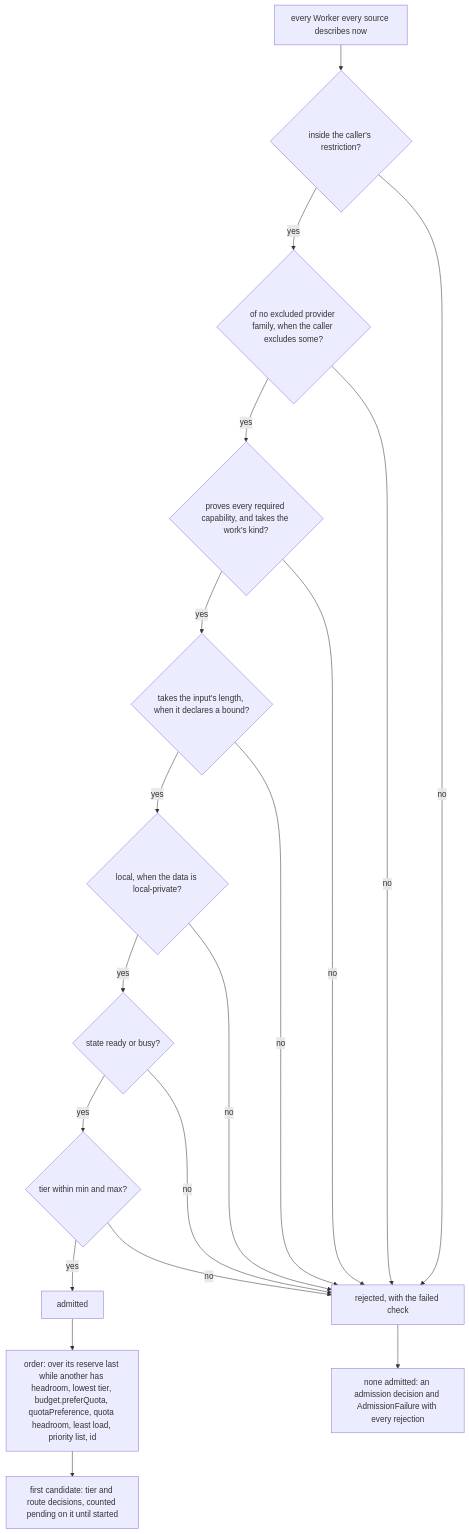
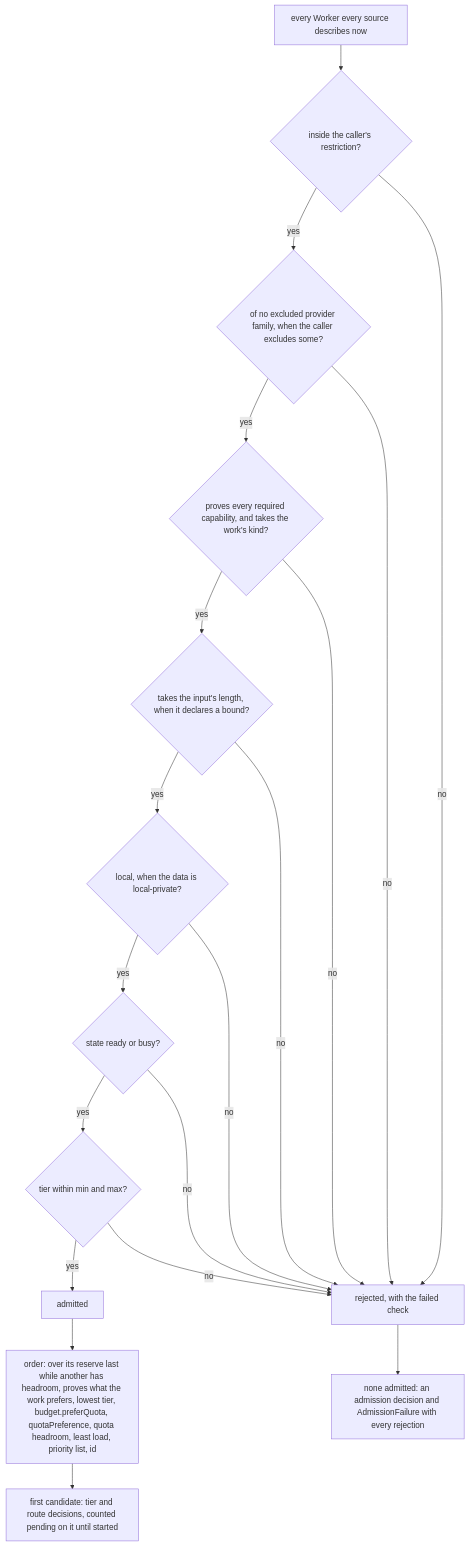
The diagram in docs/design/routing.md (tsuuanmi/system), drawn with Mermaid before and after one commit. The commit also changed other lines of this file and 48 other files, not shown here.

````diff
--- a/docs/design/routing.md
+++ b/docs/design/routing.md
@@ -120,21 +122,21 @@
 ```mermaid
 flowchart TD
   A[every Worker every source describes now] --> B{inside the caller's restriction?}
   B -->|yes| X{"of no excluded provider family, when the caller excludes some?"}
   X -->|yes| C{proves every required capability, and takes the work's kind?}
   C -->|yes| L{"takes the input's length, when it declares a bound?"}
   L -->|yes| D{local, when the data is local-private?}
   D -->|yes| E{state ready or busy?}
   E -->|yes| F{tier within min and max?}
   F -->|yes| G[admitted]
   B -->|no| R[rejected, with the failed check]
   X -->|no| R
   C -->|no| R
   L -->|no| R
   D -->|no| R
   E -->|no| R
   F -->|no| R
-  G --> H["order: over its reserve last while another has headroom, lowest tier, budget.preferQuota, quotaPreference, quota headroom, least load, priority list, id"]
+  G --> H["order: over its reserve last while another has headroom, proves what the work prefers, lowest tier, budget.preferQuota, quotaPreference, quota headroom, least load, priority list, id"]
   H --> I[first candidate: tier and route decisions, counted pending on it until started]
   R --> J[none admitted: an admission decision and AdmissionFailure with every rejection]
 ```
````
